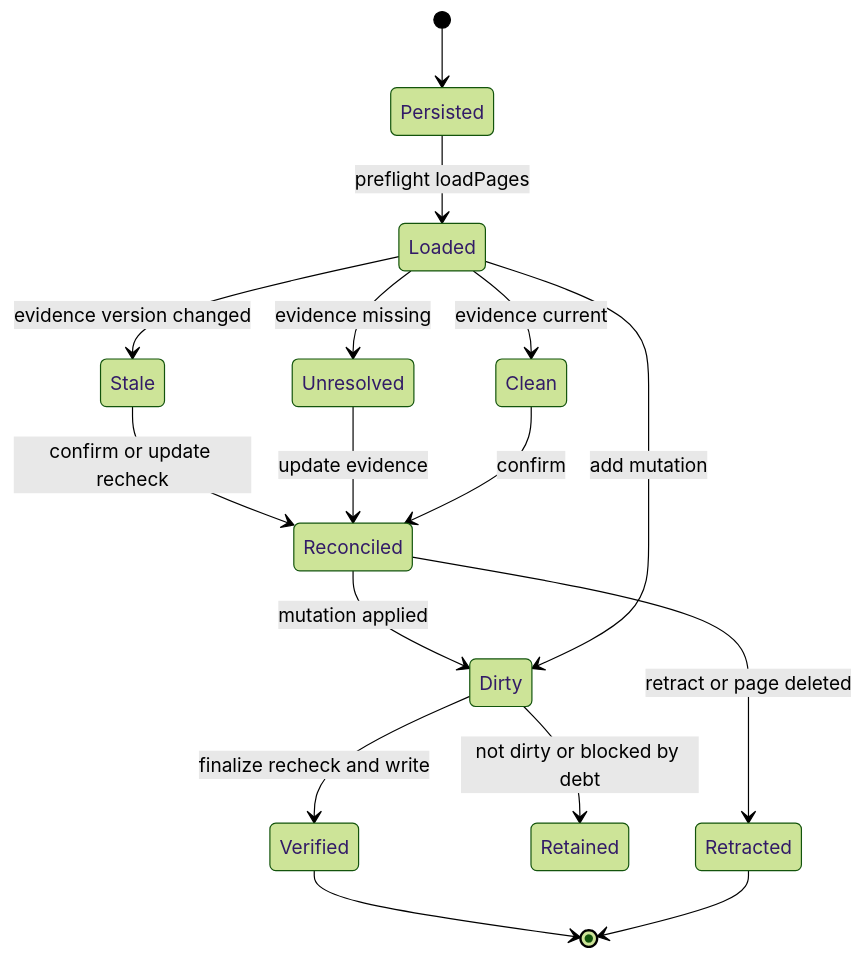
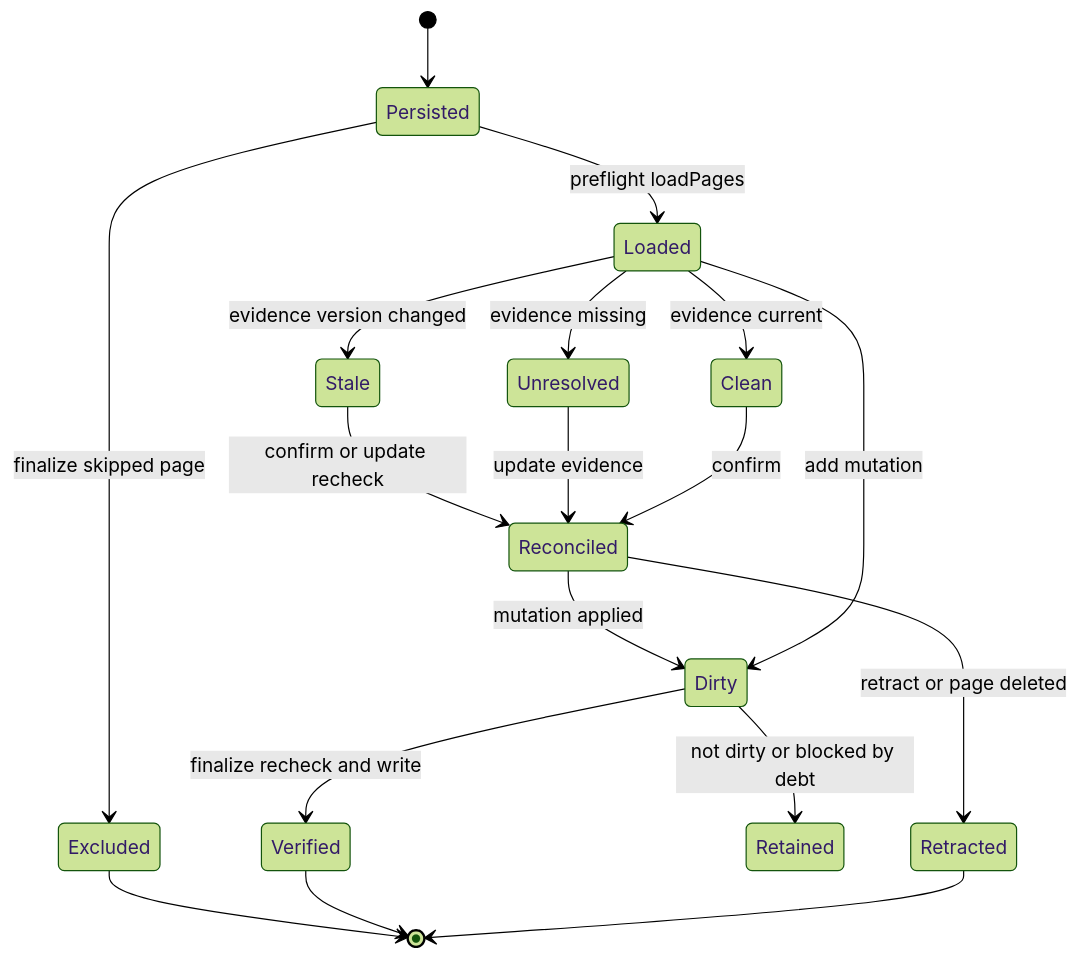
Before and after one commit to Christian-Sidak/openwiki: the diagram in openwiki/concepts/grounded-claims.md, drawn with Mermaid (forest theme). The commit also changed other lines of this file and 19 other files, not shown here.

````diff
--- a/openwiki/concepts/grounded-claims.md
+++ b/openwiki/concepts/grounded-claims.md
@@ -68,18 +70,20 @@
 ```mermaid
 stateDiagram-v2
     [*] --> Persisted
     Persisted --> Loaded: preflight loadPages
+    Persisted --> Excluded: finalize skipped page
     Loaded --> Stale: evidence version changed
     Loaded --> Unresolved: evidence missing
     Loaded --> Clean: evidence current
     Stale --> Reconciled: confirm or update recheck
     Unresolved --> Reconciled: update evidence
     Clean --> Reconciled: confirm
     Reconciled --> Dirty: mutation applied
     Loaded --> Dirty: add mutation
     Dirty --> Verified: finalize recheck and write
     Dirty --> Retained: not dirty or blocked by debt
+    Excluded --> [*]
     Verified --> [*]
     Reconciled --> Retracted: retract or page deleted
     Retracted --> [*]
 ```
````
